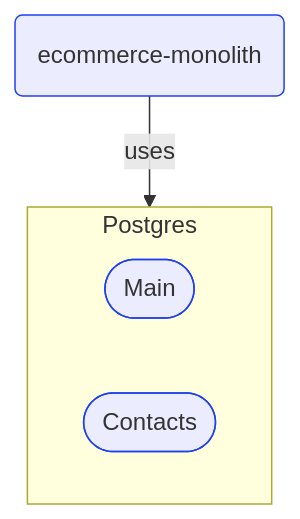
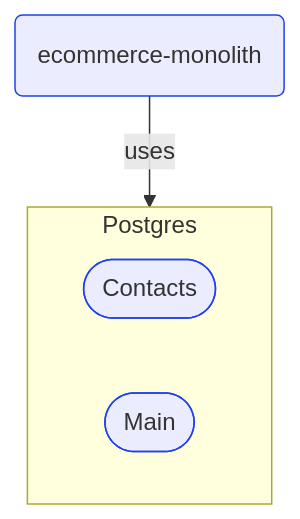
Before and after one commit to itlibrium/DDD-starter-dotnet: the third of 4 diagrams in Docs/P3/MermaidOutput/Technology/DeployableUnits/EcommerceMonolith.md, drawn with Mermaid. The commit also changed 10 other files, not shown here.

````diff
--- a/Docs/P3/MermaidOutput/Technology/DeployableUnits/EcommerceMonolith.md
+++ b/Docs/P3/MermaidOutput/Technology/DeployableUnits/EcommerceMonolith.md
@@ -85,15 +85,15 @@
 ```mermaid
   flowchart TB
     0(ecommerce-monolith)
     class 0 TechnologyPerspective
     subgraph 1["Postgres"]
-      2([Main])
+      2([Contacts])
       class 2 TechnologyPerspective
-      3([Contacts])
+      3([Main])
       class 3 TechnologyPerspective
     end
     0-->|uses|1
     classDef DomainPerspective stroke:#009900
     classDef TechnologyPerspective stroke:#1F41EB
     classDef PeoplePerspective stroke:#FFF014
 ```
````
